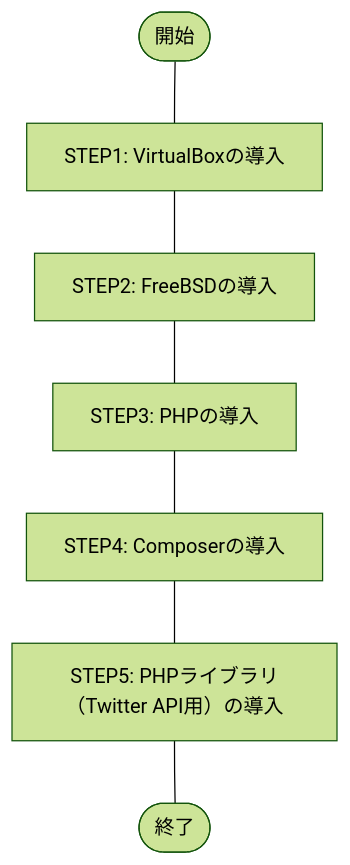
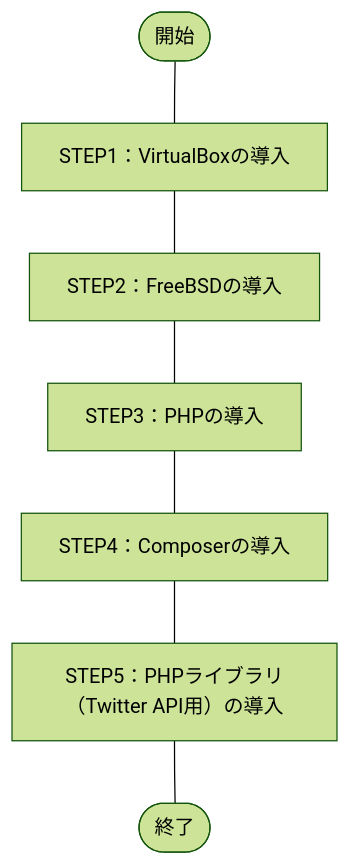
One commit to akiGAMEBOY/haretokidoki_zn changed the diagram in articles/80088a8d553b58.md. Above: the diagram before and after it, drawn with Mermaid (forest theme). The commit also changed other lines of this file and 22 other files, not shown here.

````diff
--- a/articles/80088a8d553b58.md
+++ b/articles/80088a8d553b58.md
@@ -27,9 +27,9 @@
 ```mermaid
 flowchart TB
-    A(["開始"]) --- B["STEP1: VirtualBoxの導入"]
-    B --- C["STEP2: FreeBSDの導入"]
-    C --- D["STEP3: PHPの導入"]
-    D --- E["STEP4: Composerの導入"]
-    E --- F["STEP5: PHPライブラリ（Twitter API用）の導入"]
+    A(["開始"]) --- B["STEP1：VirtualBoxの導入"]
+    B --- C["STEP2：FreeBSDの導入"]
+    C --- D["STEP3：PHPの導入"]
+    D --- E["STEP4：Composerの導入"]
+    E --- F["STEP5：PHPライブラリ（Twitter API用）の導入"]
     F --- G(["終了"])
 ```
````
